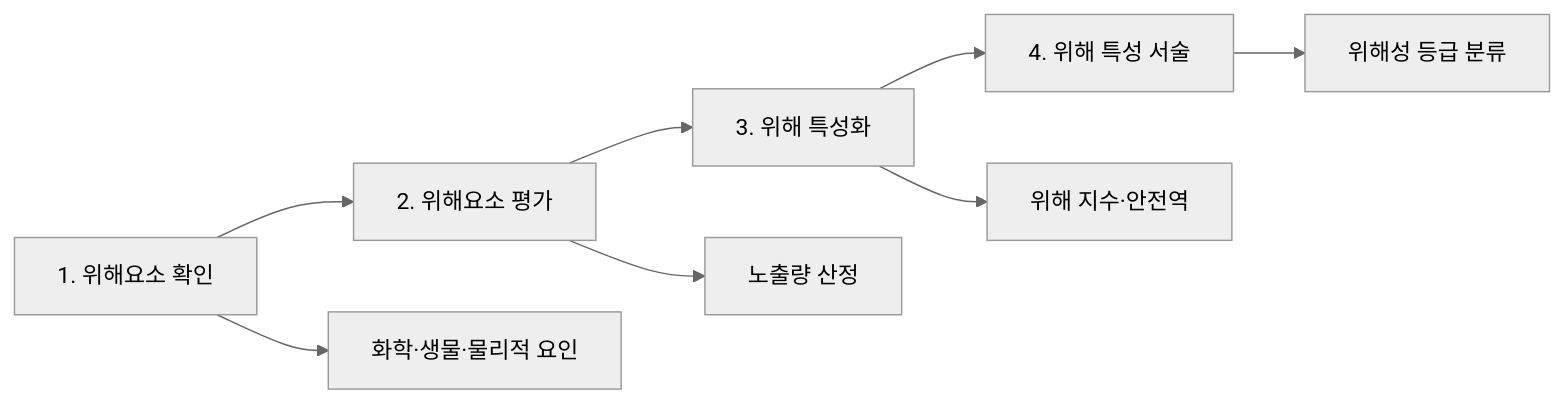
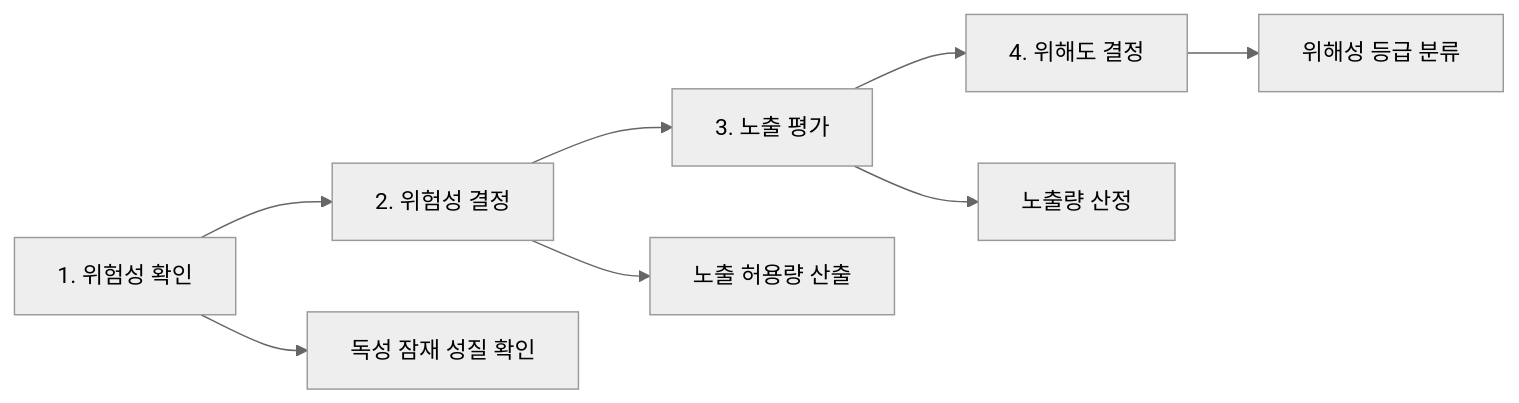
One commit to skygoldlee-cyber/Personalized_Skincare changed the fourth of 4 diagrams in content/참조자료/과목2/2과목_핵심정리_25문항.md. Above: the diagram before and after it, drawn with Mermaid (neutral theme). The commit also changed other lines of this file and 5 other files, not shown here.

````diff
--- a/content/참조자료/과목2/2과목_핵심정리_25문항.md
+++ b/content/참조자료/과목2/2과목_핵심정리_25문항.md
@@ -66,10 +66,10 @@
 ```mermaid
 flowchart LR
-  A[1. 위해요소 확인] --> B[2. 위해요소 평가]
-  B --> C[3. 위해 특성화]
-  C --> D[4. 위해 특성 서술]
-  A --> A1[화학·생물·물리적 요인]
-  B --> B1[노출량 산정]
-  C --> C1[위해 지수·안전역]
+  A[1. 위험성 확인] --> B[2. 위험성 결정]
+  B --> C[3. 노출 평가]
+  C --> D[4. 위해도 결정]
+  A --> A1[독성 잠재 성질 확인]
+  B --> B1[노출 허용량 산출]
+  C --> C1[노출량 산정]
   D --> D1[위해성 등급 분류]
 ```
````
